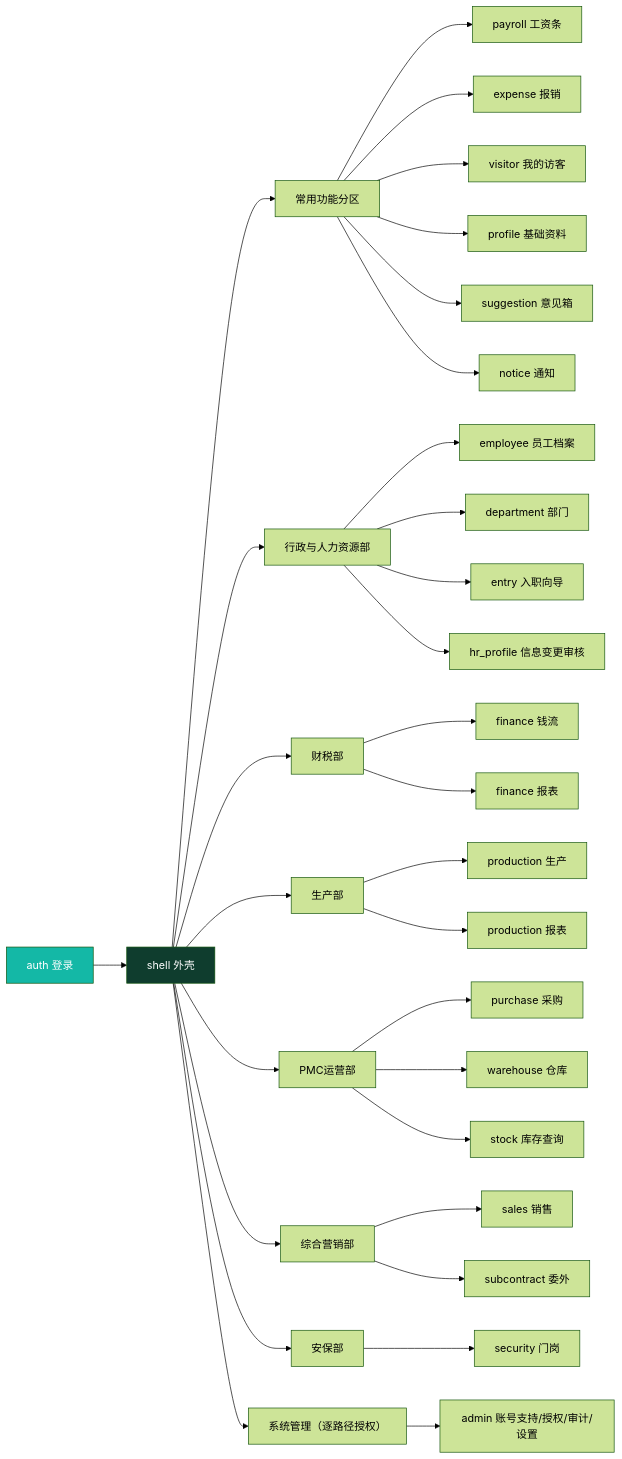
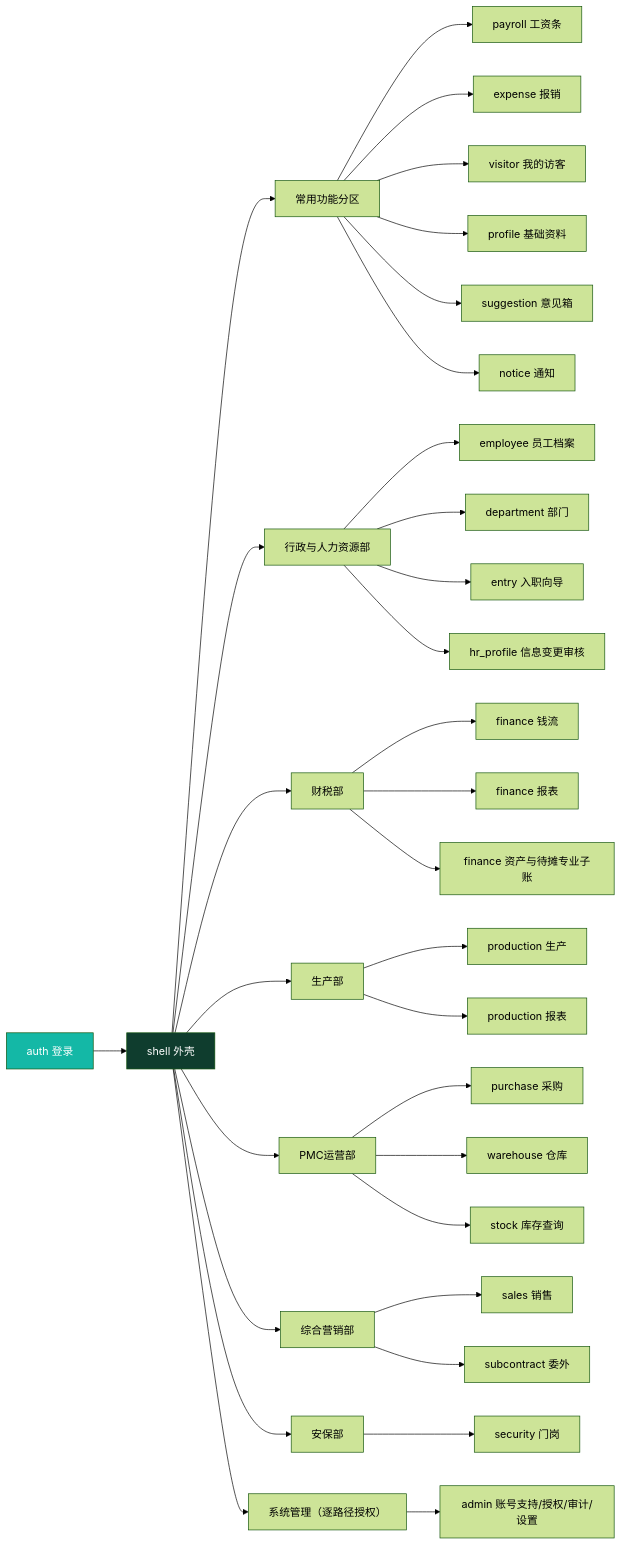
One commit to BruceChu0424/utenelec_imp changed the third of 4 diagrams in docs/05-架构/架构总览.md. Above: the diagram before and after it, drawn with Mermaid (forest theme). The commit also changed other lines of this file and 426 other files, not shown here.

````diff
--- a/docs/05-架构/架构总览.md
+++ b/docs/05-架构/架构总览.md
@@ -186,43 +186,44 @@
 ```mermaid
 graph LR
     Auth[auth 登录] --> Shell[shell 外壳]
     Shell --> Common[常用功能分区]
     Common --> Payroll[payroll 工资条]
     Common --> Expense[expense 报销]
     Common --> Visitor[visitor 我的访客]
     Common --> Profile[profile 基础资料]
     Common --> Suggestion[suggestion 意见箱]
     Common --> Notice[notice 通知]
 
     Shell --> HR[行政与人力资源部]
     HR --> Employee[employee 员工档案]
     HR --> Department[department 部门]
     HR --> Entry[entry 入职向导]
     HR --> HrProfile[hr_profile 信息变更审核]
 
     Shell --> Fin[财税部]
     Fin --> Finance[finance 钱流]
     Fin --> FinanceReport[finance 报表]
+    Fin --> FinanceAsset["finance 资产与待摊专业子账"]
 
     Shell --> Prod[生产部]
     Prod --> Production[production 生产]
     Prod --> ProductionReport[production 报表]
 
     Shell --> Pmc[PMC运营部]
     Pmc --> Purchase[purchase 采购]
     Pmc --> Warehouse[warehouse 仓库]
     Pmc --> Stock[stock 库存查询]
 
     Shell --> Sales[综合营销部]
     Sales --> SalesMod[sales 销售]
     Sales --> Subcontract[subcontract 委外]
 
     Shell --> Security[安保部]
     Security --> SecurityScan[security 门岗]
 
     Shell --> System[系统管理（逐路径授权）]
     System --> Admin[admin 账号支持/授权/审计/设置]
 
     style Auth fill:#14B8A6,color:#fff
     style Shell fill:#0F3D2E,color:#fff
 ```
````
